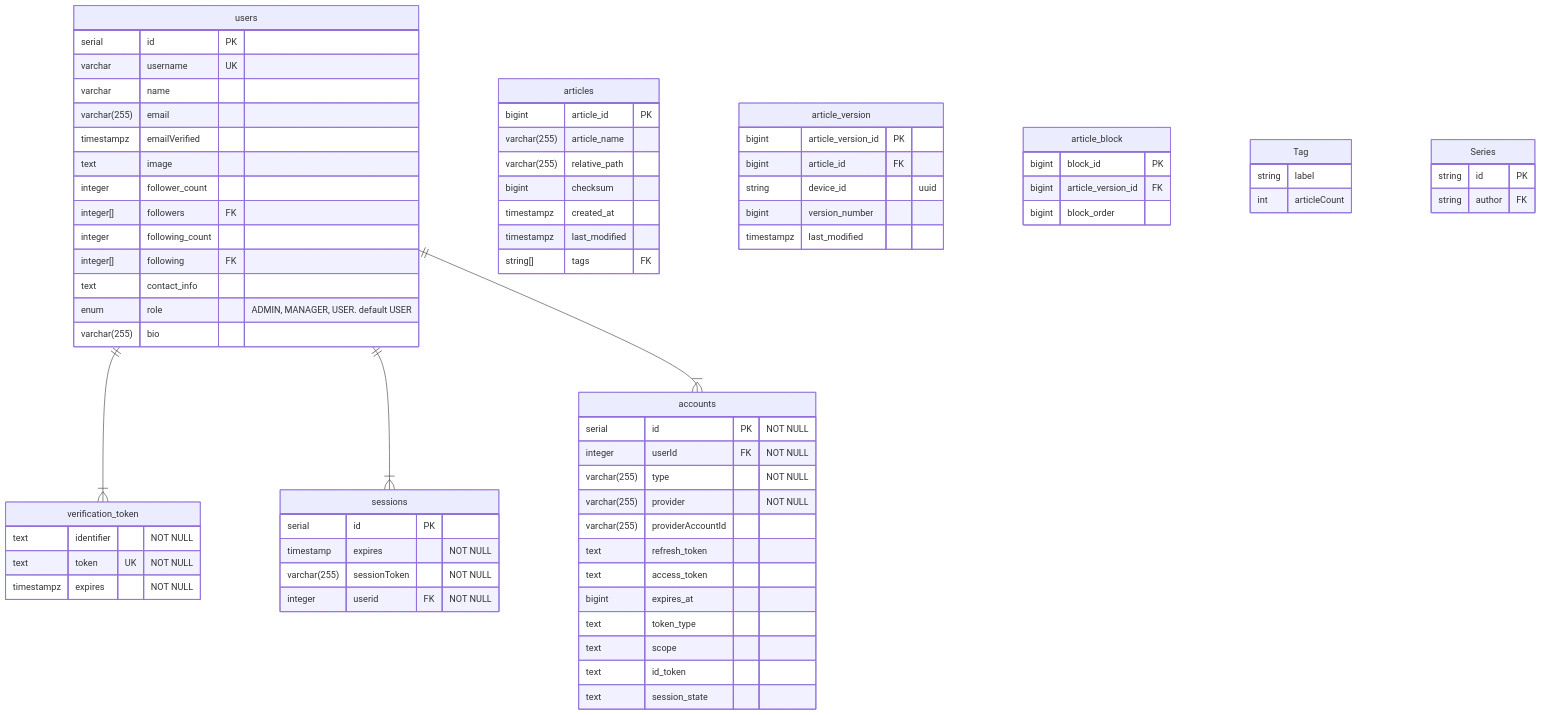
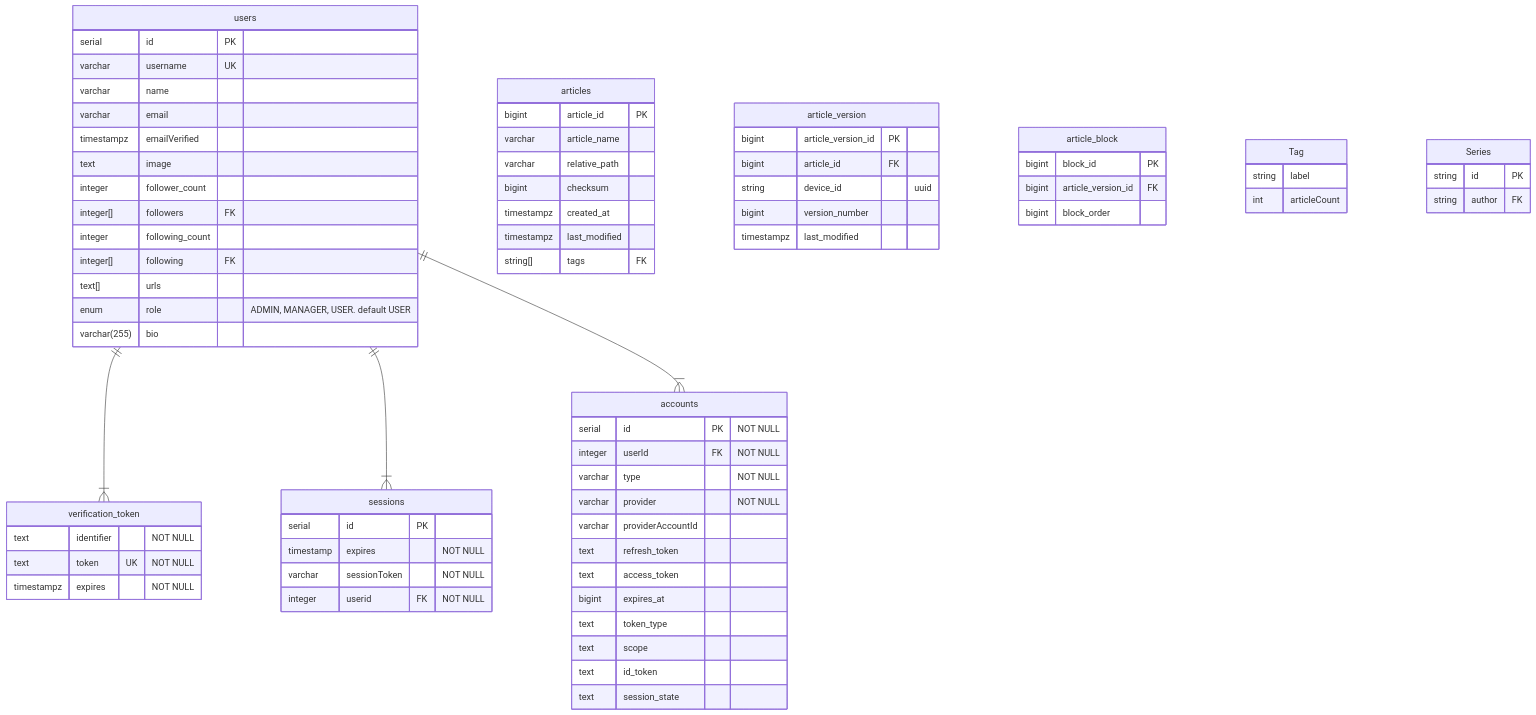
Before and after one commit to 4ry1337/my-obsidian: the sixth of 6 diagrams in Capstone/Diagrams.md, drawn with Mermaid.

Commit message:
vault backup: 2024-01-18 09:42:05

````diff
--- a/Capstone/Diagrams.md
+++ b/Capstone/Diagrams.md
@@ -224,80 +224,82 @@
 ```mermaid
 erDiagram
 accounts {
 	serial id PK "NOT NULL"  
 	integer userId FK "NOT NULL"
-	varchar(255) type "NOT NULL"
-	varchar(255) provider "NOT NULL"
-	varchar(255) providerAccountId
+	varchar type "NOT NULL"
+	varchar provider "NOT NULL"
+	varchar providerAccountId
 	text refresh_token
 	text access_token 
 	bigint expires_at
 	text token_type
 	text scope
 	text id_token
 	text session_state
 }
 
 users {
 	serial id PK
 	varchar username UK
 	varchar name
-	varchar(255) email
+	varchar email
 	timestampz emailVerified
 	text image
 	
 	integer follower_count
 	integer[] followers FK
 	integer following_count
 	integer[] following FK
 
-	text contact_info
+	text[] urls
+
+	
 
 	enum role "ADMIN, MANAGER, USER. default USER"
 	varchar(255) bio
 }
 sessions {
 	serial id PK
 	timestamp expires "NOT NULL"
-	varchar(255) sessionToken "NOT NULL"
+	varchar sessionToken "NOT NULL"
 	integer userid FK "NOT NULL"
 }
 verification_token {
 	text identifier "NOT NULL"
 	text token UK "NOT NULL"
 	timestampz expires "NOT NULL"
 }
 users ||--|{ verification_token : ""
 users ||--|{ sessions : ""
 users ||--|{ accounts : ""
 
 articles {
 	bigint article_id PK
-	varchar(255) article_name
-	varchar(255) relative_path
+	varchar article_name
+	varchar relative_path
 	bigint checksum
 	timestampz created_at
 	timestampz last_modified
 	string[] tags FK
 }
 article_version {
 	bigint article_version_id PK
 	bigint article_id FK
 	string device_id "uuid"
 	bigint version_number
 	timestampz last_modified
 }
 article_block {
 	bigint block_id PK
 	bigint article_version_id FK
 	bigint block_order
 }
 Tag {
 	string label
 	int articleCount
 }
 Series {
 	string id PK
 	string author FK
 }
 ```
````
